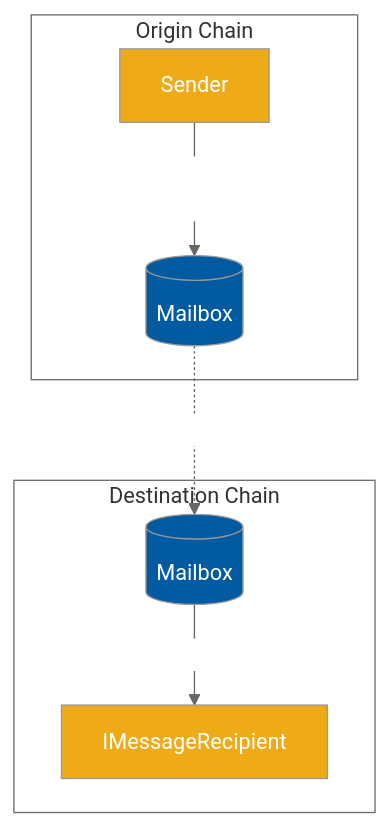
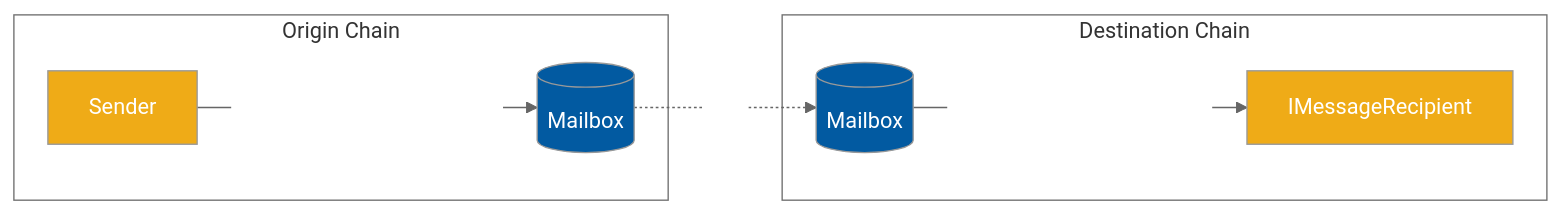
The diagram in apis/messaging-api/README.md (hyperlane-xyz/v2-docs), drawn with Mermaid before and after one commit. The commit also changed other lines of this file and 6 other files, not shown here.

````diff
--- a/apis/messaging-api/README.md
+++ b/apis/messaging-api/README.md
@@ -9,34 +17,34 @@
 ```mermaid
 %%{ init: {
   "theme": "neutral",
   "themeVariables": {
     "mainBkg": "#025AA1",
     "textColor": "white",
     "clusterBkg": "white"
   },
   "themeCSS": ".edgeLabel { color: black }"
 }}%%
 
-flowchart TB
+flowchart LR
     subgraph Origin Chain
       Sender
       M_O[(Mailbox)]
       Sender -- "dispatch(destination, recipient, body)" --> M_O
     end
 
     subgraph Destination Chain
       Recipient[IMessageRecipient]
       M_D[(Mailbox)]
 
       M_D -- "handle(origin, sender, body)" --> Recipient
     end
 
     M_O -. "relay" .-> M_D
 
     click M_O https://github.com/hyperlane-xyz/hyperlane-monorepo/blob/main/solidity/contracts/Mailbox.sol
     click Recipient https://github.com/hyperlane-xyz/hyperlane-monorepo/blob/main/solidity/interfaces/IMessageRecipient.sol
     click M_D https://github.com/hyperlane-xyz/hyperlane-monorepo/blob/main/solidity/contracts/Mailbox.sol
 
     style Sender fill:#efab17
     style Recipient fill:#efab17
 ```
````
